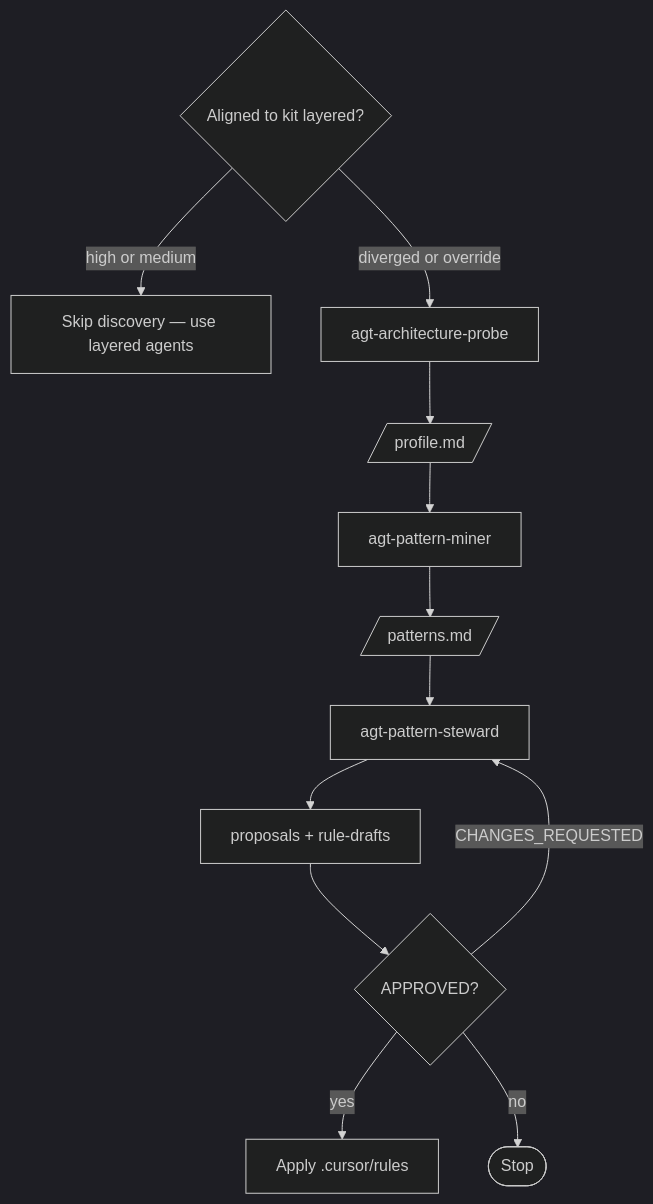
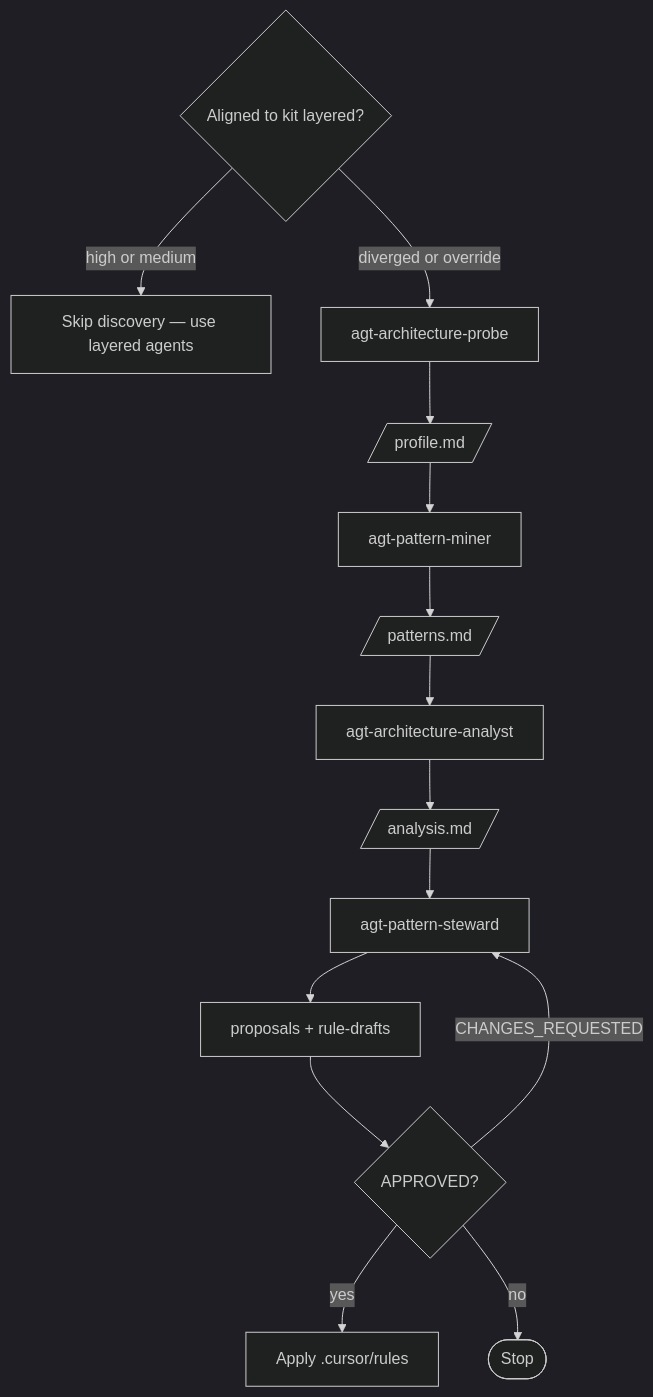
Before and after one commit to beardjs/ai-backend-kit: the fourth of 5 diagrams in README.md, drawn with Mermaid (dark theme). The commit also changed other lines of this file, not shown here.

Commit message:
docs: document discovery workflow analyst and CLI scan UX

````diff
--- a/README.md
+++ b/README.md
@@ -268,15 +309,17 @@
 ```mermaid
 flowchart TD
   Align{Aligned to kit layered?}
   Align -->|"high or medium"| Skip["Skip discovery — use layered agents"]
   Align -->|"diverged or override"| Probe[agt-architecture-probe]
   Probe --> Profile[/profile.md/]
   Profile --> Miner[agt-pattern-miner]
   Miner --> Patterns[/patterns.md/]
-  Patterns --> Steward[agt-pattern-steward]
+  Patterns --> Analyst[agt-architecture-analyst]
+  Analyst --> Analysis[/analysis.md/]
+  Analysis --> Steward[agt-pattern-steward]
   Steward --> Drafts["proposals + rule-drafts"]
   Drafts --> GateDisc{APPROVED?}
   GateDisc -->|yes| Apply["Apply .cursor/rules"]
   GateDisc -->|CHANGES_REQUESTED| Steward
   GateDisc -->|no| StopDisc([Stop])
 ```
````
